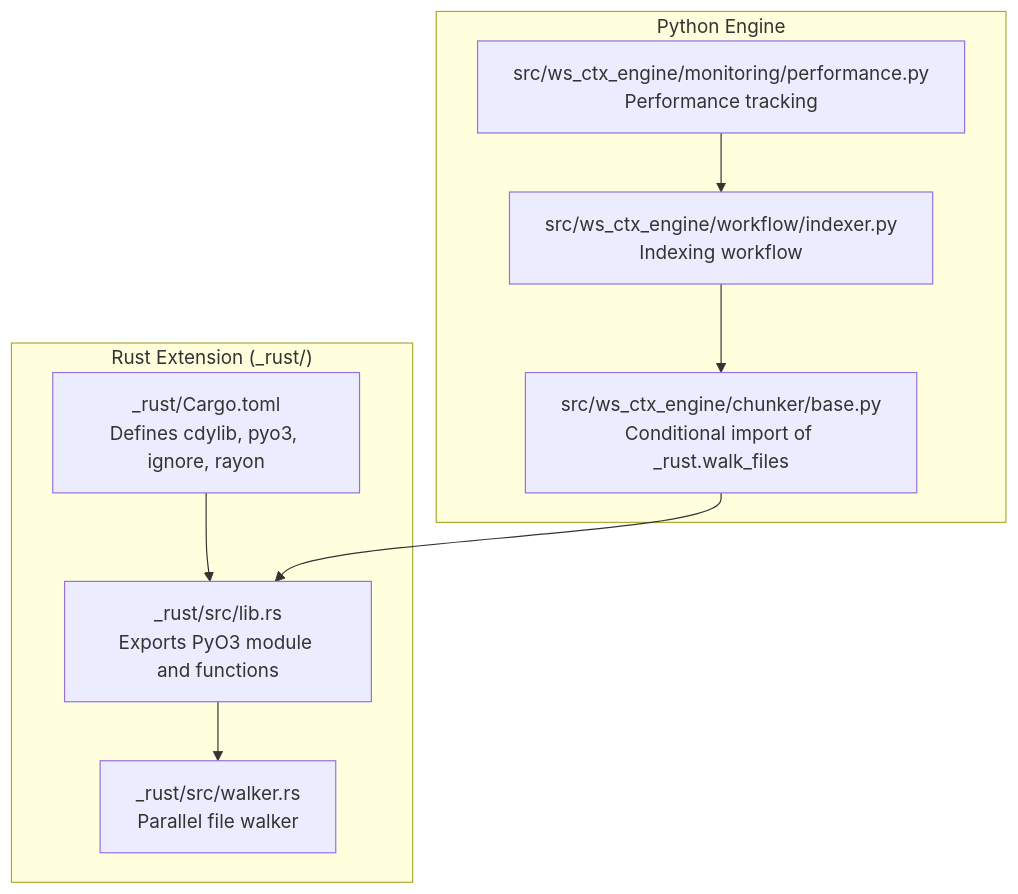
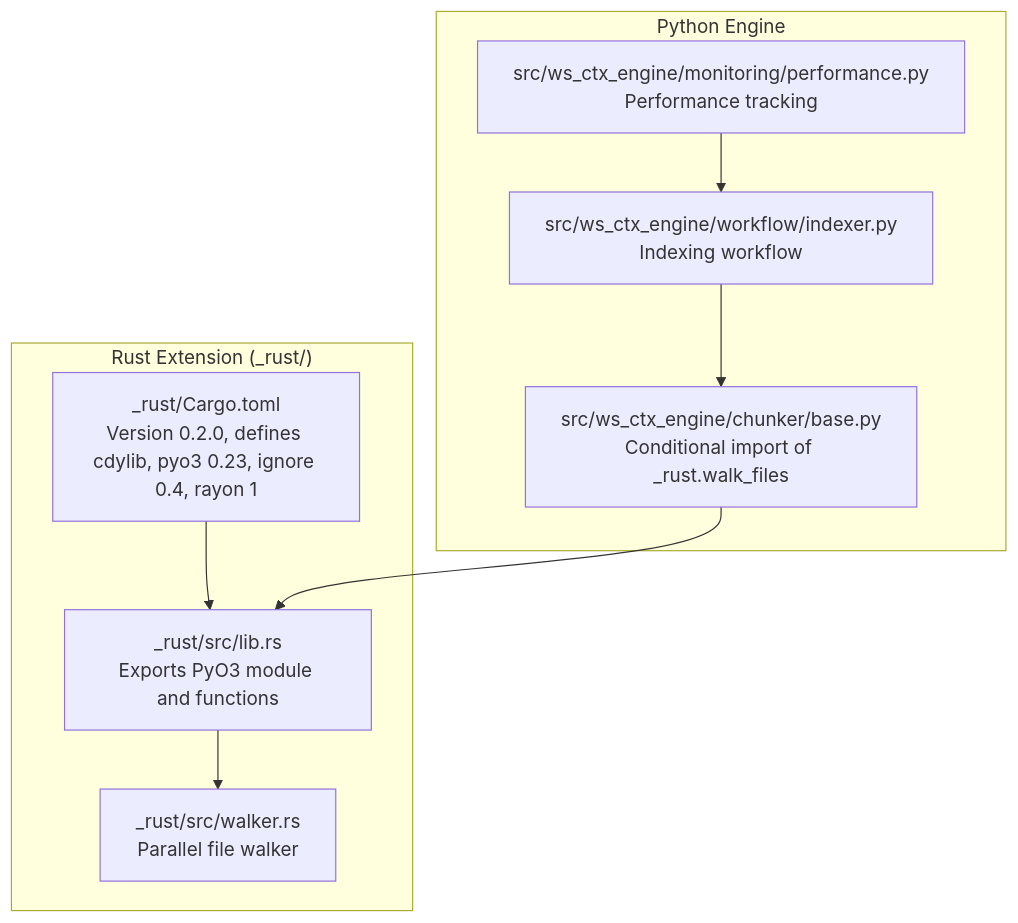
The first of 7 diagrams in .qoder/repowiki/en/content/Performance & Optimization/Rust Extension.md (maemreyo/zmr-ctx-paker), drawn with Mermaid before and after one commit. The commit also changed other lines of this file and 10 other files, not shown here.

````diff
--- a/.qoder/repowiki/en/content/Performance & Optimization/Rust Extension.md
+++ b/.qoder/repowiki/en/content/Performance & Optimization/Rust Extension.md
@@ -35,18 +45,18 @@
 ```mermaid
 graph TB
 subgraph "Rust Extension (_rust/)"
-RToml["_rust/Cargo.toml<br/>Defines cdylib, pyo3, ignore, rayon"]
+RToml["_rust/Cargo.toml<br/>Version 0.2.0, defines cdylib, pyo3 0.23, ignore 0.4, rayon 1"]
 RLib["_rust/src/lib.rs<br/>Exports PyO3 module and functions"]
 RWalker["_rust/src/walker.rs<br/>Parallel file walker"]
 end
 subgraph "Python Engine"
 PBase["src/ws_ctx_engine/chunker/base.py<br/>Conditional import of _rust.walk_files"]
 PIndexer["src/ws_ctx_engine/workflow/indexer.py<br/>Indexing workflow"]
 PMonitor["src/ws_ctx_engine/monitoring/performance.py<br/>Performance tracking"]
 end
 RToml --> RLib
 RLib --> RWalker
 PBase --> RLib
 PIndexer --> PBase
 PMonitor --> PIndexer
 ```
````
